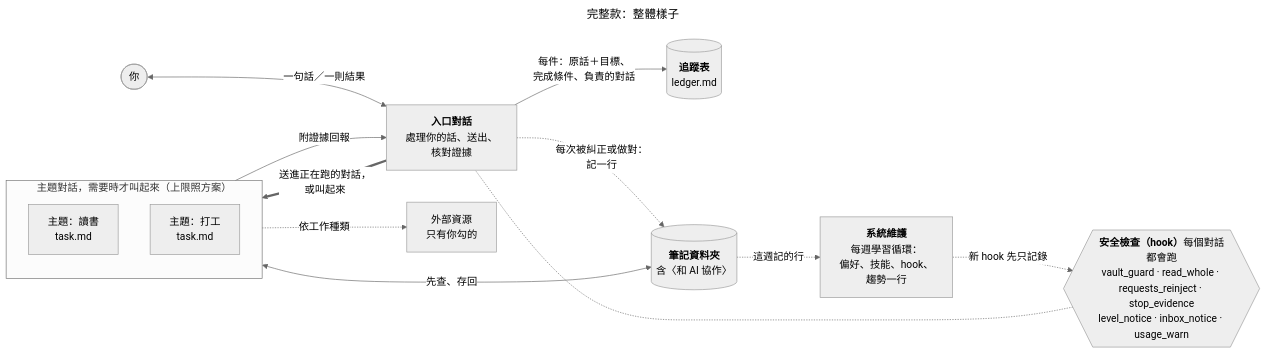
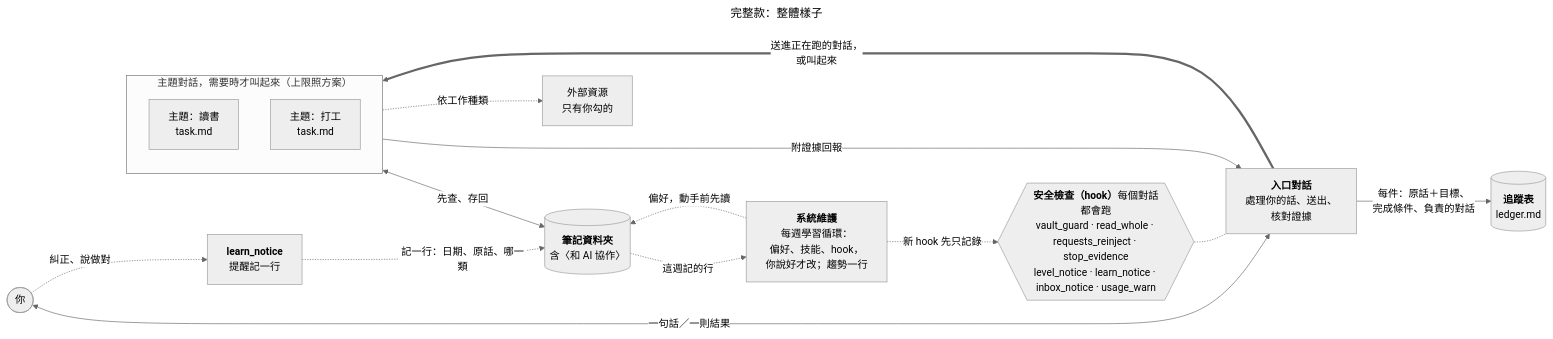
Before and after one commit to 0Smallcat0/second-brain-kit: the first of 6 diagrams in docs/zh-TW/進階功能.md, drawn with Mermaid (neutral theme). The commit also changed other lines of this file and 36 other files, not shown here.

````diff
--- a/docs/zh-TW/進階功能.md
+++ b/docs/zh-TW/進階功能.md
@@ -82,21 +82,23 @@
 ```mermaid
 ---
 title: "完整款：整體樣子"
 ---
 flowchart LR
   You(["你"]) <-->|"一句話／一則結果"| Entry["<b>入口對話</b><br/>處理你的話、送出、<br/>核對證據"]
   Entry -->|"每件：原話＋目標、<br/>完成條件、負責的對話"| Tracker[("<b>追蹤表</b><br/>ledger.md")]
   subgraph Topics["主題對話，需要時才叫起來（上限照方案）"]
     TA["主題：讀書<br/>task.md"]
     TB["主題：打工<br/>task.md"]
   end
   Entry ==>|"送進正在跑的對話，<br/>或叫起來"| Topics
   Topics -->|"附證據回報"| Entry
   Topics <-->|"先查、存回"| Vault[("<b>筆記資料夾</b><br/>含〈和 AI 協作〉")]
-  Entry -.->|"每次被糾正或做對：<br/>記一行"| Vault
-  Mnt["<b>系統維護</b><br/>每週學習循環：<br/>偏好、技能、hook、<br/>趨勢一行"]
+  You -.->|"糾正、說做對"| LN["<b>learn_notice</b><br/>提醒記一行"]
+  LN -.->|"記一行：日期、原話、哪一類"| Vault
+  Mnt["<b>系統維護</b><br/>每週學習循環：<br/>偏好、技能、hook，<br/>你說好才改；趨勢一行"]
   Vault -.->|"這週記的行"| Mnt
+  Mnt -.->|"偏好，動手前先讀"| Vault
   Mnt -.->|"新 hook 先只記錄"| Hooks
   Topics -.->|依工作種類| Res["外部資源<br/>只有你勾的"]
-  Hooks{{"<b>安全檢查（hook）</b>每個對話都會跑<br/>vault_guard · read_whole · requests_reinject · stop_evidence<br/>level_notice · inbox_notice · usage_warn"}} -.- Entry
+  Hooks{{"<b>安全檢查（hook）</b>每個對話都會跑<br/>vault_guard · read_whole · requests_reinject · stop_evidence<br/>level_notice · learn_notice · inbox_notice · usage_warn"}} -.- Entry
 ```
````
